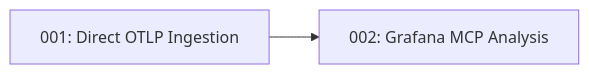
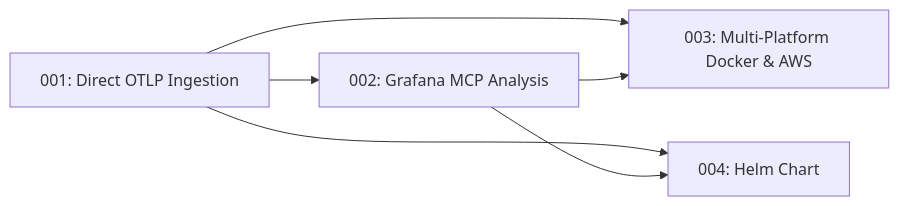
The diagram in docs/tech-specs/INDEX.md (Vinny1892/octantis), drawn with Mermaid before and after one commit. The commit also changed other lines of this file and 5 other files, not shown here.

````diff
--- a/docs/tech-specs/INDEX.md
+++ b/docs/tech-specs/INDEX.md
@@ -12,4 +14,8 @@
 ```mermaid
 flowchart LR
     TS001["001: Direct OTLP Ingestion"] --> TS002["002: Grafana MCP Analysis"]
+    TS001 --> TS003["003: Multi-Platform Docker & AWS"]
+    TS002 --> TS003
+    TS001 --> TS004["004: Helm Chart"]
+    TS002 --> TS004
 ```
````
